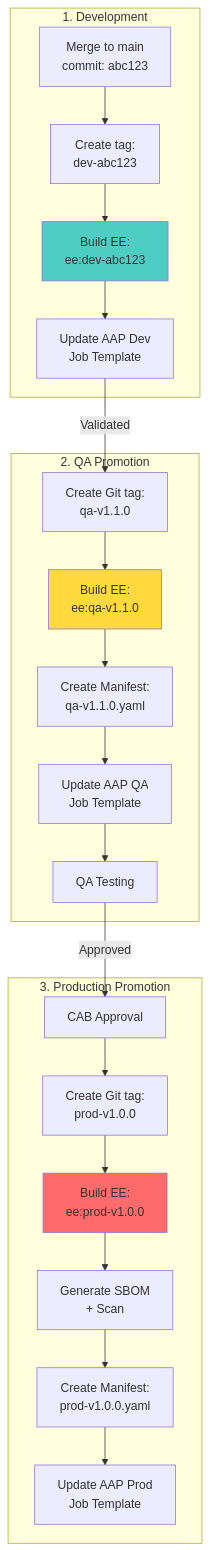
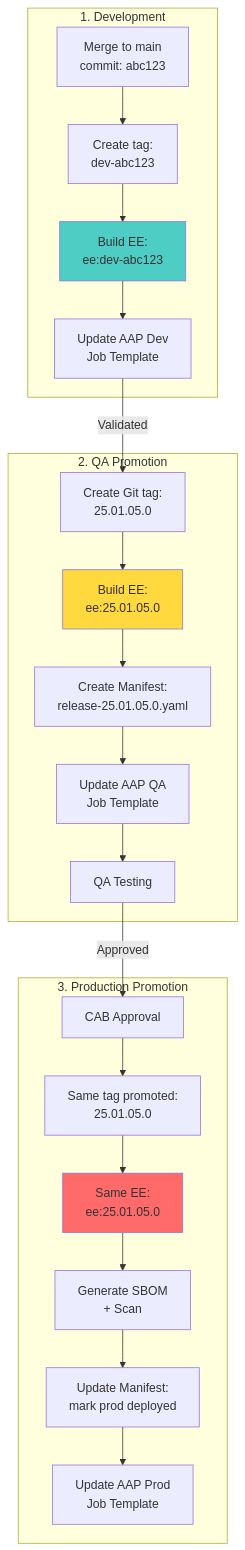
Before and after one commit to djdanielsson/rh1-docs: the diagram in docs/EE-VERSIONING-STRATEGY.md, drawn with Mermaid. The commit also changed other lines of this file and 11 other files, not shown here.

````diff
--- a/docs/EE-VERSIONING-STRATEGY.md
+++ b/docs/EE-VERSIONING-STRATEGY.md
@@ -213,47 +212,47 @@
 ```mermaid
 graph TB
     subgraph "1. Development"
         CODE1[Merge to main<br/>commit: abc123]
         TAG_DEV[Create tag:<br/>dev-abc123]
         BUILD_DEV[Build EE:<br/>ee:dev-abc123]
         DEPLOY_DEV[Update AAP Dev<br/>Job Template]
     end
 
     subgraph "2. QA Promotion"
-        TAG_QA[Create Git tag:<br/>qa-v1.1.0]
-        BUILD_QA[Build EE:<br/>ee:qa-v1.1.0]
-        MANIFEST_QA[Create Manifest:<br/>qa-v1.1.0.yaml]
+        TAG_QA[Create Git tag:<br/>25.01.05.0]
+        BUILD_QA[Build EE:<br/>ee:25.01.05.0]
+        MANIFEST_QA[Create Manifest:<br/>release-25.01.05.0.yaml]
         DEPLOY_QA[Update AAP QA<br/>Job Template]
         TEST_QA[QA Testing]
     end
 
     subgraph "3. Production Promotion"
         APPROVE[CAB Approval]
-        TAG_PROD[Create Git tag:<br/>prod-v1.0.0]
-        BUILD_PROD[Build EE:<br/>ee:prod-v1.0.0]
+        TAG_PROD[Same tag promoted:<br/>25.01.05.0]
+        BUILD_PROD[Same EE:<br/>ee:25.01.05.0]
         SBOM[Generate SBOM<br/>+ Scan]
-        MANIFEST_PROD[Create Manifest:<br/>prod-v1.0.0.yaml]
+        MANIFEST_PROD[Update Manifest:<br/>mark prod deployed]
         DEPLOY_PROD[Update AAP Prod<br/>Job Template]
     end
 
     CODE1 --> TAG_DEV
     TAG_DEV --> BUILD_DEV
     BUILD_DEV --> DEPLOY_DEV
     DEPLOY_DEV -->|Validated| TAG_QA
 
     TAG_QA --> BUILD_QA
     BUILD_QA --> MANIFEST_QA
     MANIFEST_QA --> DEPLOY_QA
     DEPLOY_QA --> TEST_QA
     TEST_QA -->|Approved| APPROVE
 
     APPROVE --> TAG_PROD
     TAG_PROD --> BUILD_PROD
     BUILD_PROD --> SBOM
     SBOM --> MANIFEST_PROD
     MANIFEST_PROD --> DEPLOY_PROD
 
     style BUILD_DEV fill:#4ecdc4
     style BUILD_QA fill:#ffd93d
     style BUILD_PROD fill:#ff6b6b
 ```
````
